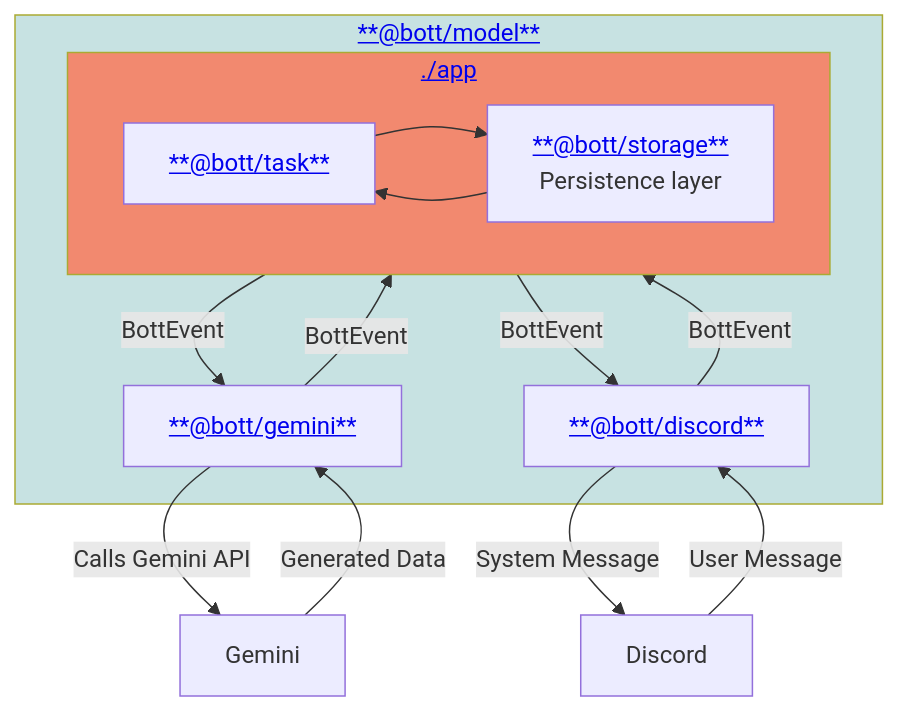
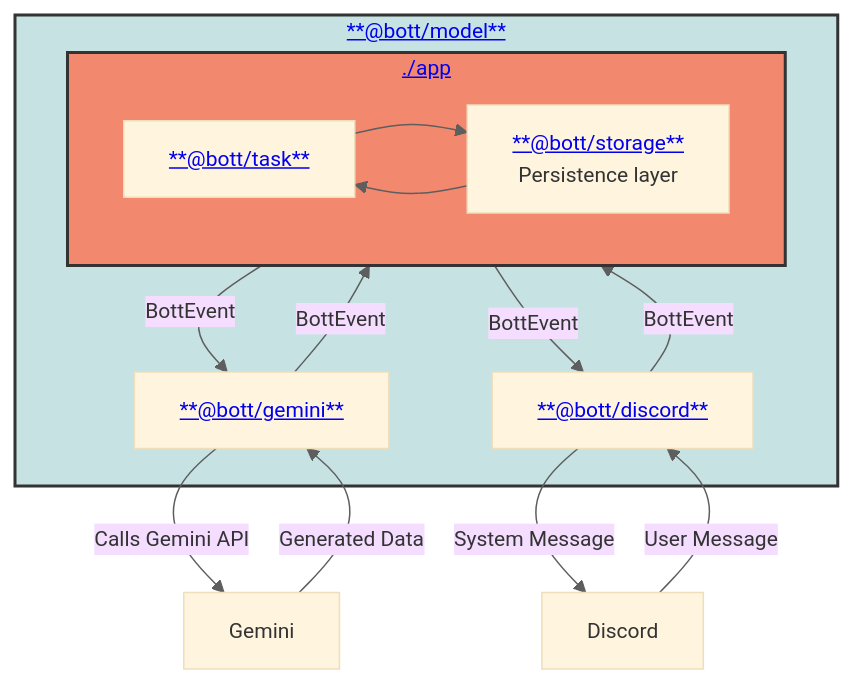
One commit to daniellacosse/Bott changed the diagram in README.md. Above: the diagram before and after it, drawn with Mermaid. The commit also changed other lines of this file and 1 other file, not shown here.

Commit message:
docs: Update READMEs with improved Mermaid diagrams, styling, and link formatting.

````diff
--- a/README.md
+++ b/README.md
@@ -51,29 +50,30 @@
 ```mermaid
+%%{init: {'theme': 'base', 'themeVariables': { 'lineColor': '#5e5e5e', 'fontSize': '14px' }}}%%
 flowchart TD
-  subgraph Model["<a href='./model'>**@bott/model**</a>"]
-    BottDiscord["<a href='./libraries/discord'>**@bott/discord**</a>"]
+  subgraph Model["<a href='https://github.com/daniellacosse-code/Bott/tree/main/model'>**@bott/model**</a>"]
+    BottDiscord["<a href='https://github.com/daniellacosse-code/Bott/tree/main/libraries/discord'>**@bott/discord**</a>"]
     
-    subgraph App["<a href='./app'>./app</a>"]
-      BottAppLayer["<a href='./libraries/task'>**@bott/task**</a>"]
-      BottDataLayer["<a href='./libraries/storage'>**@bott/storage**</a><br>Persistence layer"]
+    subgraph App["<a href='https://github.com/daniellacosse-code/Bott/tree/main/app'>./app</a>"]
+      BottAppLayer["<a href='https://github.com/daniellacosse-code/Bott/tree/main/libraries/task'>**@bott/task**</a>"]
+      BottDataLayer["<a href='https://github.com/daniellacosse-code/Bott/tree/main/libraries/storage'>**@bott/storage**</a><br>Persistence layer"]
       
       BottAppLayer --> BottDataLayer
       BottDataLayer --> BottAppLayer
     end
     
-    BottGemini["<a href='./libraries/gemini'>**@bott/gemini**</a>"]
+    BottGemini["<a href='https://github.com/daniellacosse-code/Bott/tree/main/libraries/gemini'>**@bott/gemini**</a>"]
   end
 
   %% Flow from Discord User to Bot and back
   Discord -- "User Message" --> BottDiscord
   BottDiscord -- "BottEvent" --> App
   App -- "BottEvent" --> BottGemini
   BottGemini -- "Calls Gemini API" --> Gemini
   Gemini -- "Generated Data" --> BottGemini
   BottGemini -- "BottEvent" --> App
   App -- "BottEvent" --> BottDiscord
   BottDiscord -- "System Message" --> Discord
 
-  style App fill:#f2896f;
-  style Model fill:#c7e2e2;
+  style App fill:#f2896f,color:black,stroke:#333,stroke-width:2px
+  style Model fill:#c7e2e2,color:black,stroke:#333,stroke-width:2px
 ```
````
